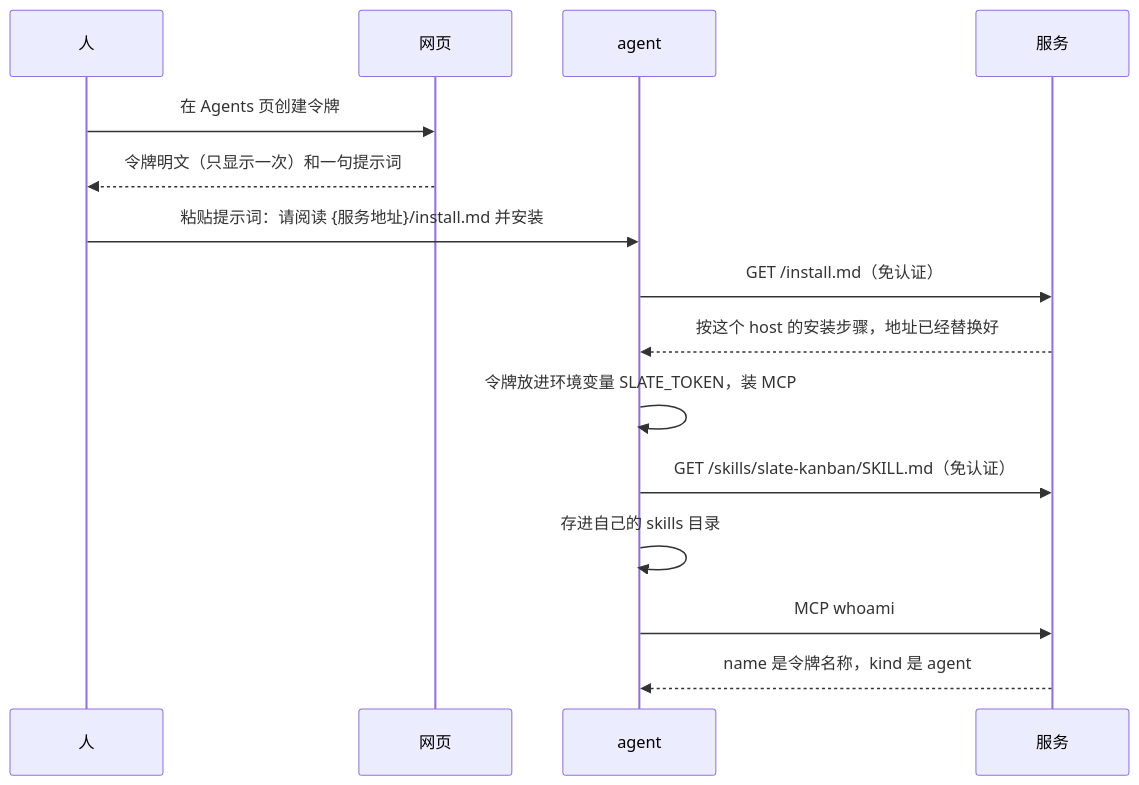
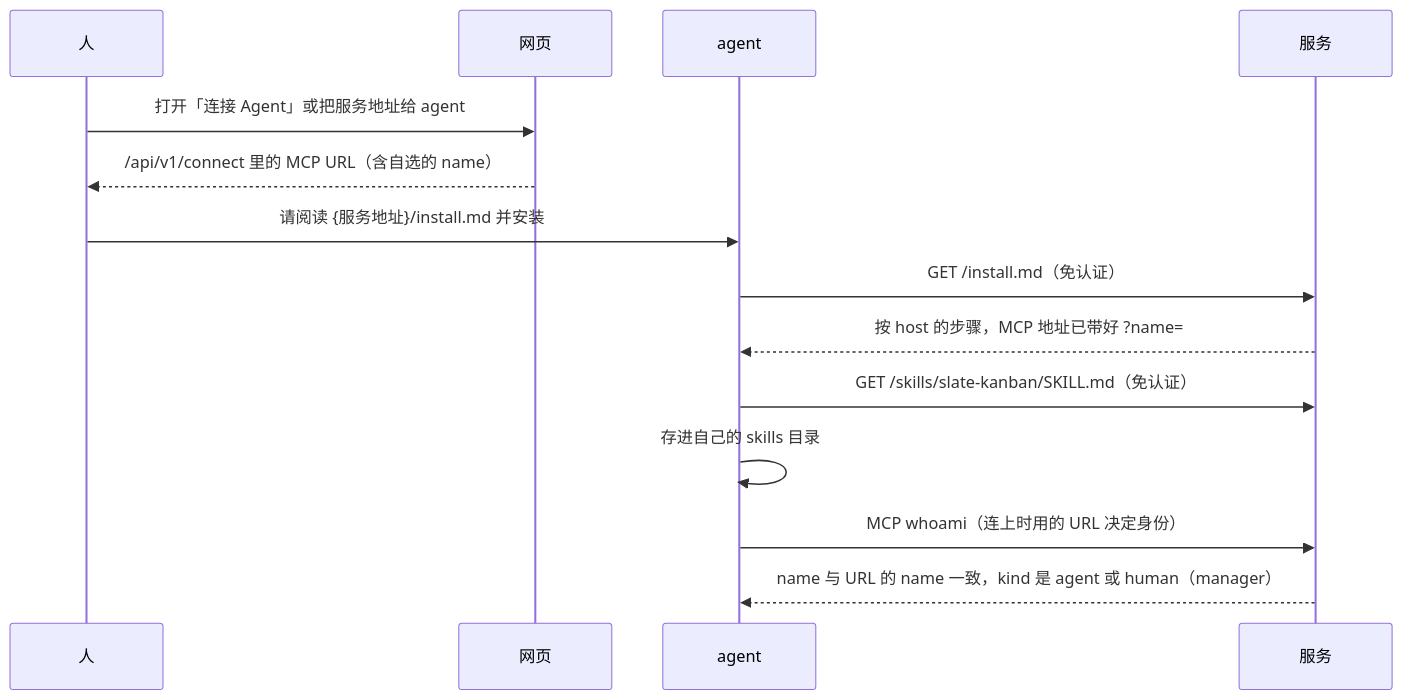
One commit to ixugo/slate-kanban changed the first of 2 diagrams in .cursor/scopes/agent.skill.go.md. Above: the diagram before and after it, drawn with Mermaid. The commit also changed other lines of this file and 7 other files, not shown here.

````diff
--- a/.cursor/scopes/agent.skill.go.md
+++ b/.cursor/scopes/agent.skill.go.md
@@ -23,18 +23,17 @@
 ```mermaid
 sequenceDiagram
     participant H as 人
     participant W as 网页
     participant A as agent
     participant S as 服务
 
-    H->>W: 在 Agents 页创建令牌
-    W-->>H: 令牌明文（只显示一次）和一句提示词
-    H->>A: 粘贴提示词：请阅读 {服务地址}/install.md 并安装
+    H->>W: 打开「连接 Agent」或把服务地址给 agent
+    W-->>H: /api/v1/connect 里的 MCP URL（含自选的 name）
+    H->>A: 请阅读 {服务地址}/install.md 并安装
     A->>S: GET /install.md（免认证）
-    S-->>A: 按这个 host 的安装步骤，地址已经替换好
-    A->>A: 令牌放进环境变量 SLATE_TOKEN，装 MCP
+    S-->>A: 按 host 的步骤，MCP 地址已带好 ?name=
     A->>S: GET /skills/slate-kanban/SKILL.md（免认证）
     A->>A: 存进自己的 skills 目录
-    A->>S: MCP whoami
-    S-->>A: name 是令牌名称，kind 是 agent
+    A->>S: MCP whoami（连上时用的 URL 决定身份）
+    S-->>A: name 与 URL 的 name 一致，kind 是 agent 或 human（manager）
 ```
````
